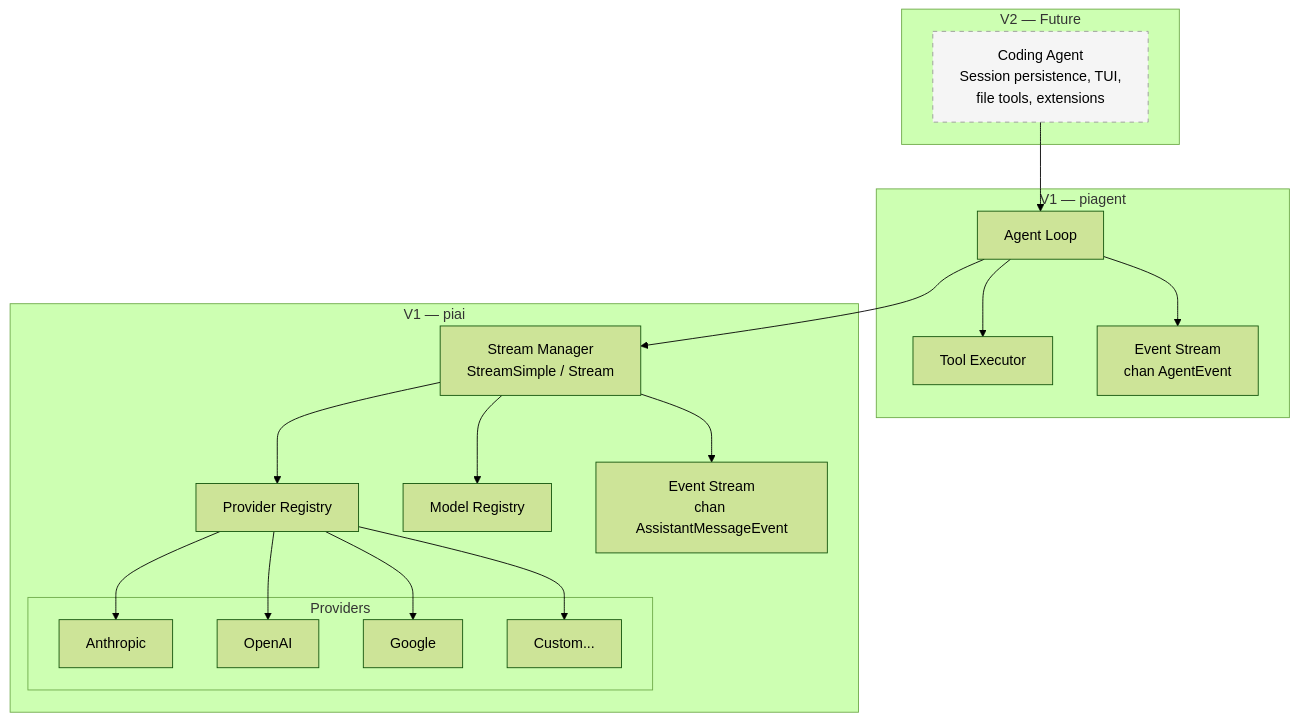
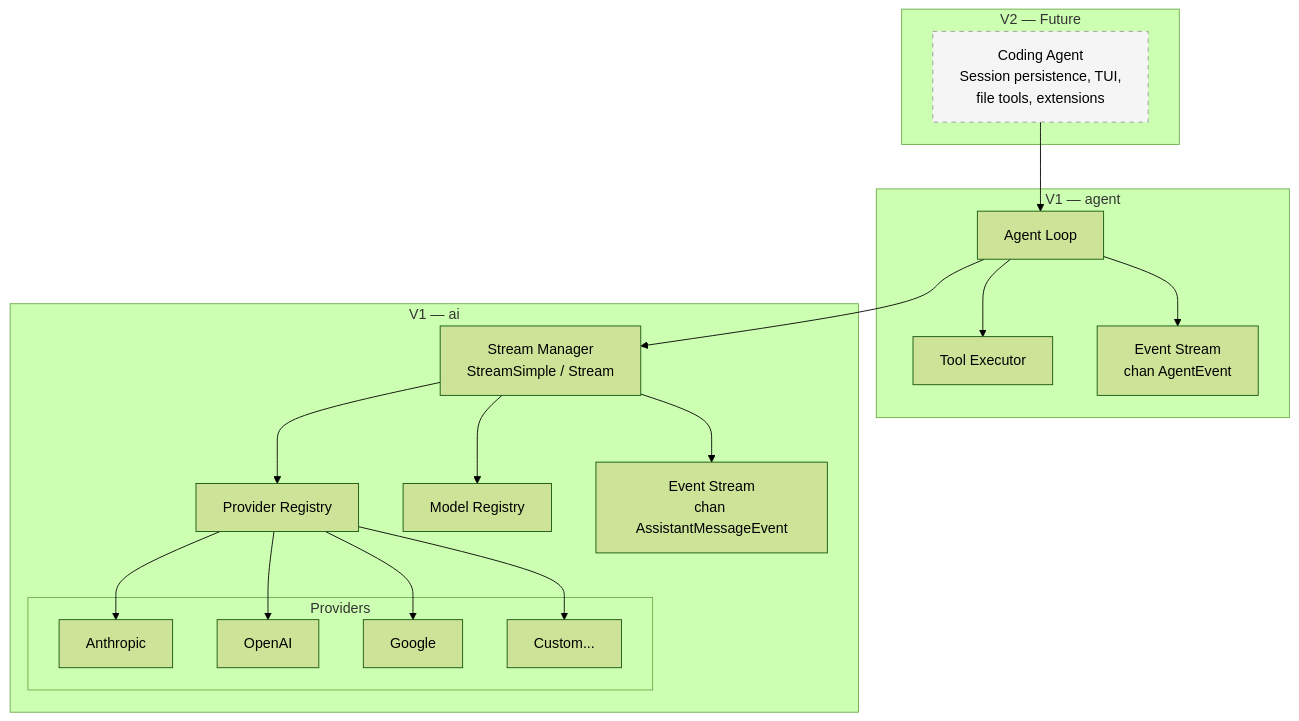
Before and after one commit to dcosson/flex-agent-runtime: the first of 5 diagrams in docs/plans/00-architecture.md, drawn with Mermaid (forest theme). The commit also changed other lines of this file and 1 other file, not shown here.

First line of the commit message:
Rename packages: piai→ai, piagent→agent; add internal/ structure

````diff
--- a/docs/plans/00-architecture.md
+++ b/docs/plans/00-architecture.md
@@ -24,40 +24,40 @@
 ```mermaid
 graph TB
     subgraph "V2 — Future"
         CA[Coding Agent<br/>Session persistence, TUI,<br/>file tools, extensions]
     end
 
-    subgraph "V1 — piagent"
+    subgraph "V1 — agent"
         AL[Agent Loop]
         TE[Tool Executor]
         ES2[Event Stream<br/>chan AgentEvent]
         AL --> TE
         AL --> ES2
     end
 
-    subgraph "V1 — piai"
+    subgraph "V1 — ai"
         SM[Stream Manager<br/>StreamSimple / Stream]
         PR[Provider Registry]
         MR[Model Registry]
         ES1[Event Stream<br/>chan AssistantMessageEvent]
         SM --> PR
         SM --> MR
         SM --> ES1
 
         subgraph "Providers"
             P1[Anthropic]
             P2[OpenAI]
             P3[Google]
             P4[Custom...]
         end
         PR --> P1
         PR --> P2
         PR --> P3
         PR --> P4
     end
 
     CA --> AL
     AL --> SM
 
     style CA fill:#f5f5f5,stroke:#999,stroke-dasharray: 5 5
 ```
````
